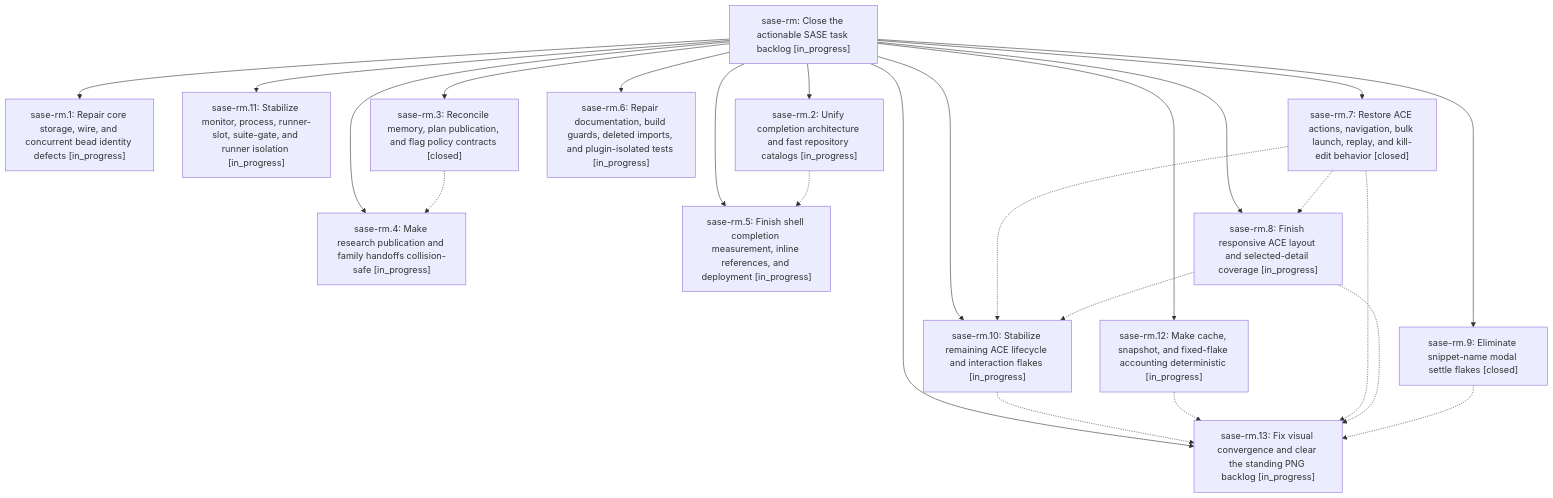
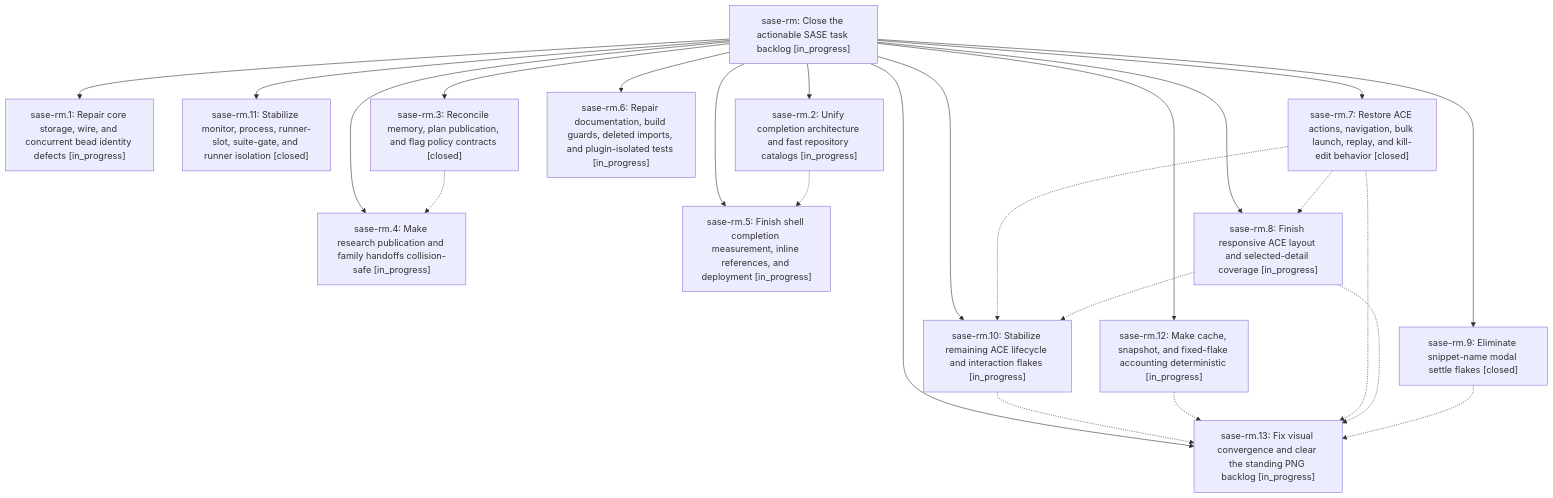
Before and after one commit to sase-org/sase--beads: the diagram in pages/sase-rm/README.md, drawn with Mermaid. The commit also changed other lines of this file and 4 other files, not shown here.

````diff
--- a/pages/sase-rm/README.md
+++ b/pages/sase-rm/README.md
@@ -34,40 +34,40 @@
 ```mermaid
 flowchart TD
     n0["sase-rm: Close the actionable SASE task backlog [in_progress]"]
     n1["sase-rm.1: Repair core storage, wire, and concurrent bead identity defects [in_progress]"]
     n2["sase-rm.10: Stabilize remaining ACE lifecycle and interaction flakes [in_progress]"]
-    n3["sase-rm.11: Stabilize monitor, process, runner-slot, suite-gate, and runner isolation [in_progress]"]
+    n3["sase-rm.11: Stabilize monitor, process, runner-slot, suite-gate, and runner isolation [closed]"]
     n4["sase-rm.12: Make cache, snapshot, and fixed-flake accounting deterministic [in_progress]"]
     n5["sase-rm.13: Fix visual convergence and clear the standing PNG backlog [in_progress]"]
     n6["sase-rm.2: Unify completion architecture and fast repository catalogs [in_progress]"]
     n7["sase-rm.3: Reconcile memory, plan publication, and flag policy contracts [closed]"]
     n8["sase-rm.4: Make research publication and family handoffs collision-safe [in_progress]"]
     n9["sase-rm.5: Finish shell completion measurement, inline references, and deployment [in_progress]"]
     n10["sase-rm.6: Repair documentation, build guards, deleted imports, and plugin-isolated tests [in_progress]"]
     n11["sase-rm.7: Restore ACE actions, navigation, bulk launch, replay, and kill-edit behavior [closed]"]
     n12["sase-rm.8: Finish responsive ACE layout and selected-detail coverage [in_progress]"]
     n13["sase-rm.9: Eliminate snippet-name modal settle flakes [closed]"]
     n0 --> n1
     n0 --> n2
     n0 --> n3
     n0 --> n4
     n0 --> n5
     n0 --> n6
     n0 --> n7
     n0 --> n8
     n0 --> n9
     n0 --> n10
     n0 --> n11
     n0 --> n12
     n0 --> n13
     n2 -.-> n5
     n4 -.-> n5
     n6 -.-> n9
     n7 -.-> n8
     n11 -.-> n2
     n11 -.-> n5
     n11 -.-> n12
     n12 -.-> n2
     n12 -.-> n5
     n13 -.-> n5
 ```
````
